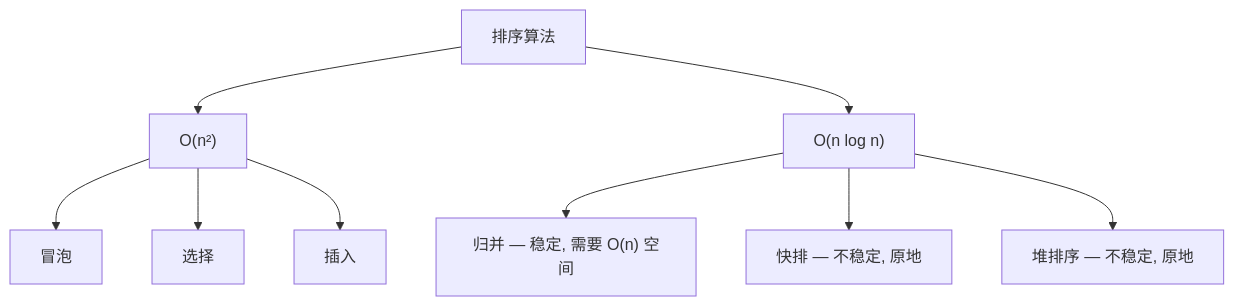
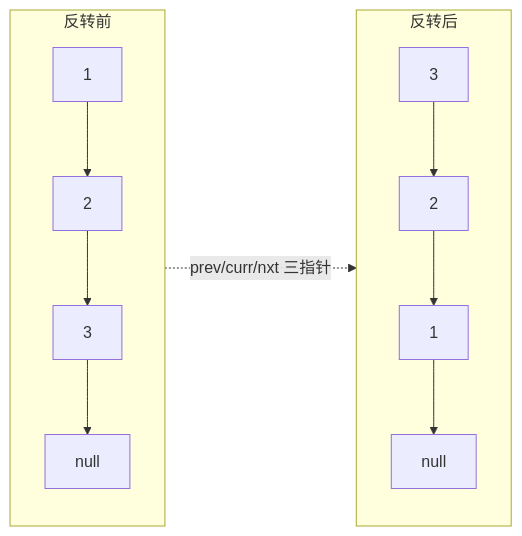
One commit to SilkLee/full-stack-guide changed the third of 16 diagrams in dsa-deep-dive.md. Above: the diagram before and after it, drawn with Mermaid. The commit also changed other lines of this file, not shown here.

Commit message:
Rewrite DSA with diagrams: add Mermaid diagrams and step-by-step explanations for every algorithm

````diff
--- a/dsa-deep-dive.md
+++ b/dsa-deep-dive.md
@@ -310,13 +126,10 @@
 ```mermaid
-flowchart TB
-    SORT["排序算法"]
-    SORT --> N2["O(n²)"]
-    N2 --> BUBBLE["冒泡"]
-    N2 --> SELECT["选择"]
-    N2 --> INSERT["插入"]
-    
-    SORT --> NLOGN["O(n log n)"]
-    NLOGN --> MERGE["归并 — 稳定, 需要 O(n) 空间"]
-    NLOGN --> QUICK["快排 — 不稳定, 原地"]
-    NLOGN --> HEAP["堆排序 — 不稳定, 原地"]
+flowchart LR
+    subgraph BEFORE["反转前"]
+        A1["1"] --> A2["2"] --> A3["3"] --> A4["null"]
+    end
+    subgraph AFTER["反转后"]
+        B3["3"] --> B2["2"] --> B1["1"] --> B4["null"]
+    end
+    BEFORE -.->|"prev/curr/nxt 三指针"| AFTER
 ```
````
